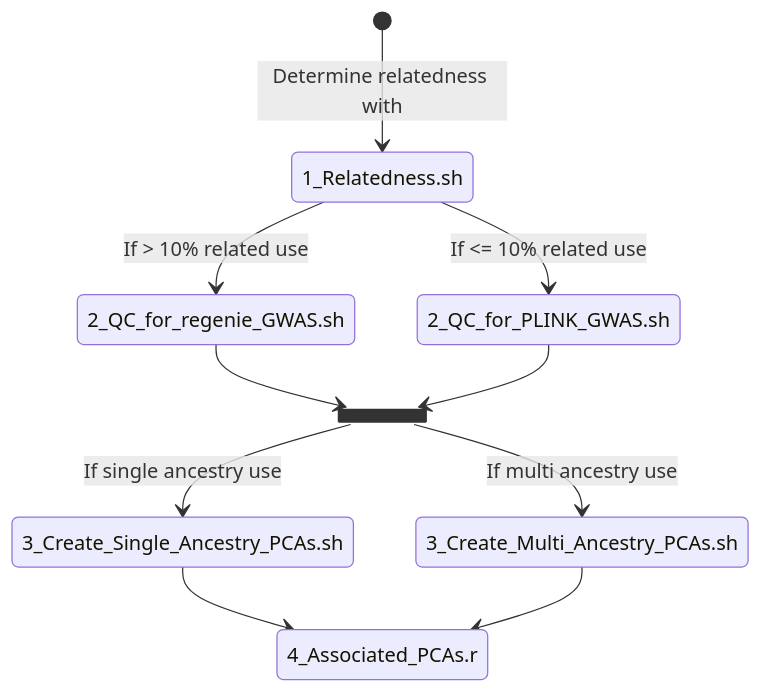
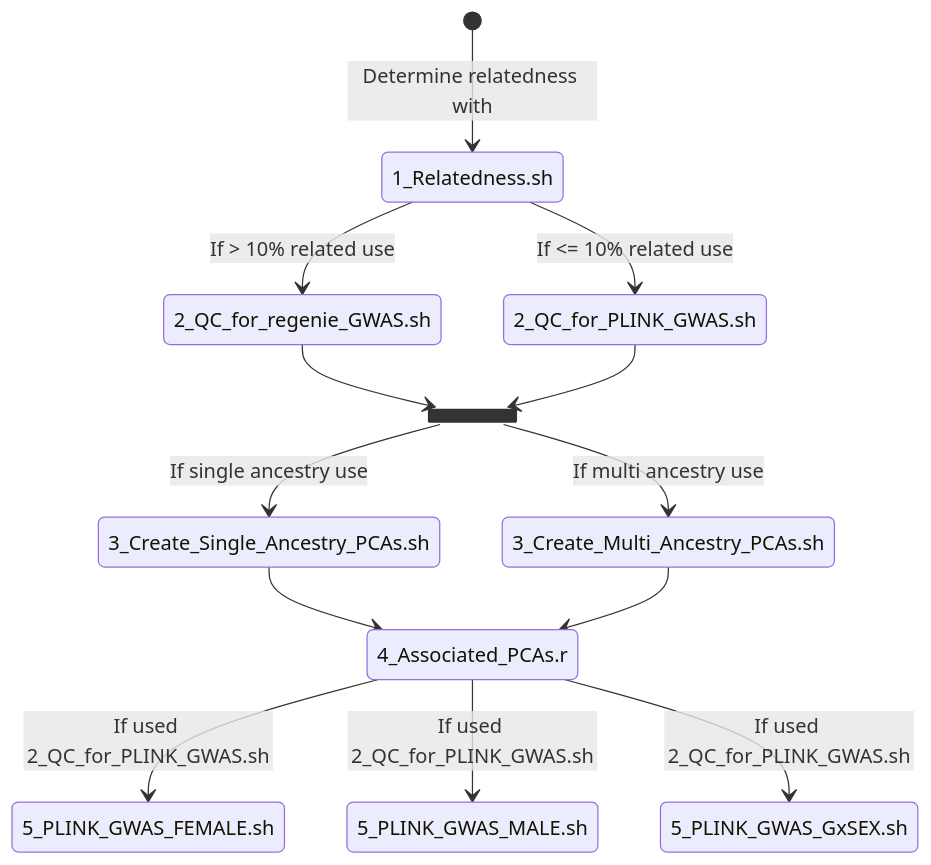
One commit to psychiatric-genomics-consortium/sex-stratified-depression changed the diagram in README.md. Above: the diagram before and after it, drawn with Mermaid.

````diff
--- a/README.md
+++ b/README.md
@@ -14,13 +14,17 @@
 ```mermaid
 stateDiagram-v2
  state anc <<join>>
  [*] --> 1_Relatedness.sh : Determine relatedness with
  1_Relatedness.sh --> 2_QC_for_regenie_GWAS.sh : If > 10% related use
  1_Relatedness.sh --> 2_QC_for_PLINK_GWAS.sh : If <= 10% related use
  2_QC_for_regenie_GWAS.sh --> anc
  2_QC_for_PLINK_GWAS.sh --> anc
  anc --> 3_Create_Single_Ancestry_PCAs.sh : If single ancestry use
  anc --> 3_Create_Multi_Ancestry_PCAs.sh : If multi ancestry use
  3_Create_Single_Ancestry_PCAs.sh --> 4_Associated_PCAs.r
  3_Create_Multi_Ancestry_PCAs.sh --> 4_Associated_PCAs.r
+ 4_Associated_PCAs.r --> 5_PLINK_GWAS_FEMALE.sh : If used 2_QC_for_PLINK_GWAS.sh
+ 4_Associated_PCAs.r --> 5_PLINK_GWAS_MALE.sh : If used 2_QC_for_PLINK_GWAS.sh
+ 4_Associated_PCAs.r --> 5_PLINK_GWAS_GxSEX.sh : If used 2_QC_for_PLINK_GWAS.sh
+
 ```
````
